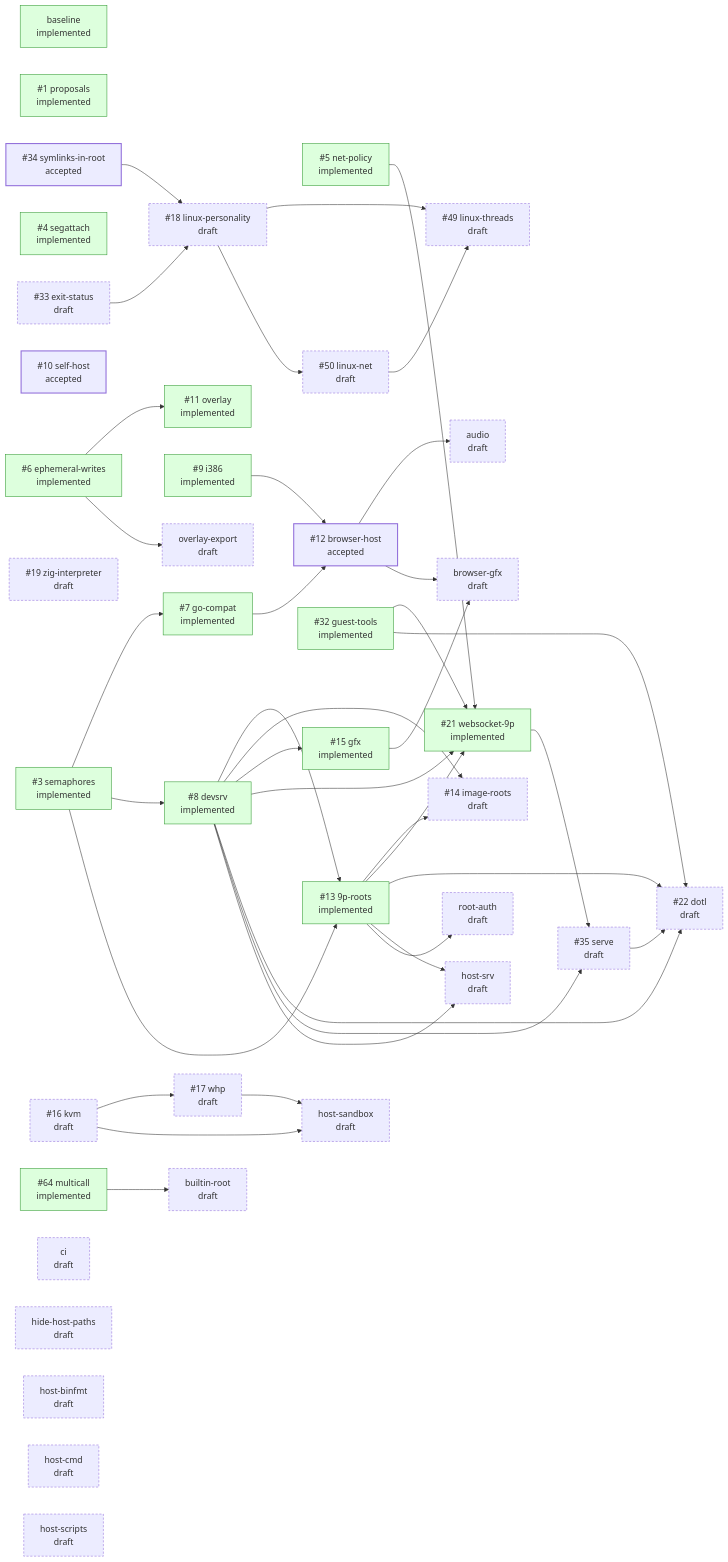
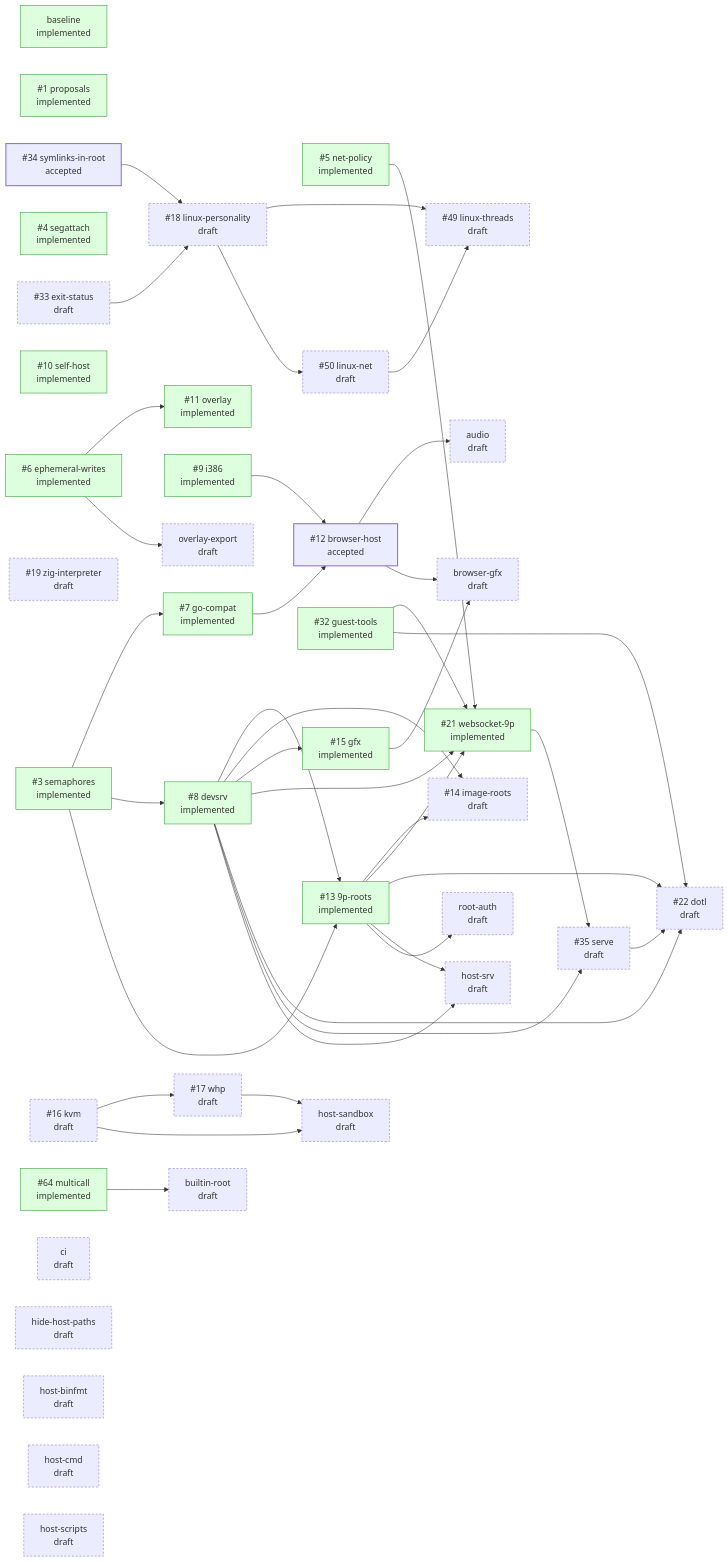
One commit to progrium/hyper9 changed the diagram in README.md. Above: the diagram before and after it, drawn with Mermaid. The commit also changed other lines of this file and 23 other files, not shown here.

First line of the commit message:
Implement self-hosting (design/0010-self-host.md)

```diff
--- a/README.md
+++ b/README.md
@@ -70,7 +70,7 @@
   p_go_compat["#35;7 go-compat<br/>implemented"]:::implemented
   p_devsrv["#35;8 devsrv<br/>implemented"]:::implemented
   p_i386["#35;9 i386<br/>implemented"]:::implemented
-  p_self_host["#35;10 self-host<br/>accepted"]:::accepted
+  p_self_host["#35;10 self-host<br/>implemented"]:::implemented
   p_overlay["#35;11 overlay<br/>implemented"]:::implemented
   p_browser_host["#35;12 browser-host<br/>accepted"]:::accepted
   p_9p_roots["#35;13 9p-roots<br/>implemented"]:::implemented
```
